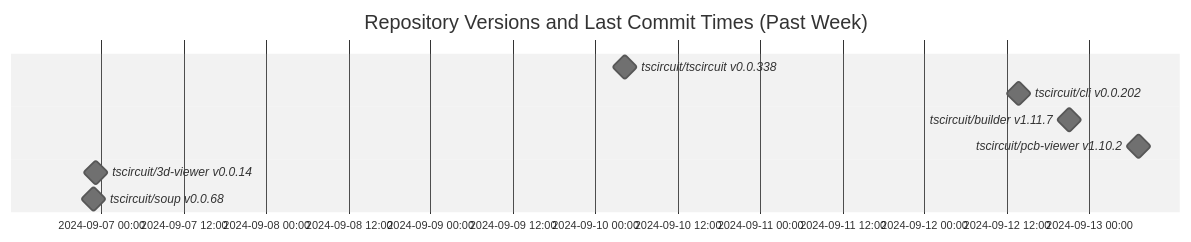
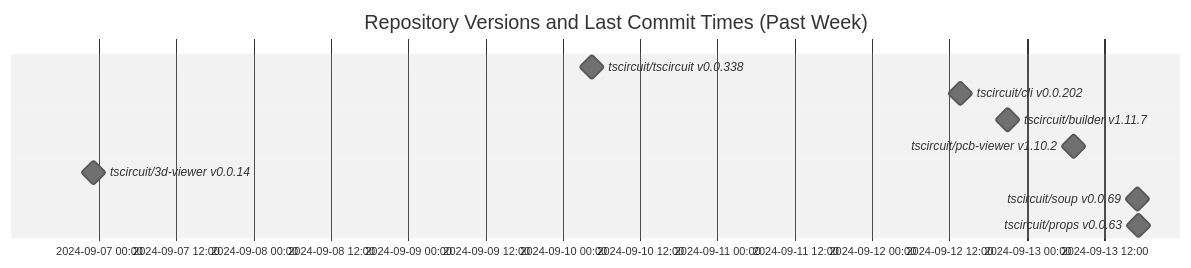
One commit to tscircuit/version-tracker changed the diagram in README.md. Above: the diagram before and after it, drawn with Mermaid (neutral theme).

Commit message:
Update chart

````diff
--- a/README.md
+++ b/README.md
@@ -1,13 +1,14 @@
 ```mermaid
 gantt
   dateFormat  YYYY-MM-DD HH:mm:ss
   title Repository Versions and Last Commit Times (Past Week)
   axisFormat %Y-%m-%d %H:%M
 
   tscircuit/tscircuit v0.0.338 : milestone, 2024-09-10 04:23:10, 1s
   tscircuit/cli v0.0.202 : milestone, 2024-09-12 13:37:53, 1s
   tscircuit/builder v1.11.7 : milestone, 2024-09-12 21:03:51, 1s
   tscircuit/pcb-viewer v1.10.2 : milestone, 2024-09-13 07:11:18, 1s
   tscircuit/3d-viewer v0.0.14 : milestone, 2024-09-06 23:07:26, 1s
-  tscircuit/soup v0.0.68 : milestone, 2024-09-06 22:51:33, 1s
+  tscircuit/soup v0.0.69 : milestone, 2024-09-13 17:08:57, 1s
+  tscircuit/props v0.0.63 : milestone, 2024-09-13 17:18:44, 1s
 ```
````
